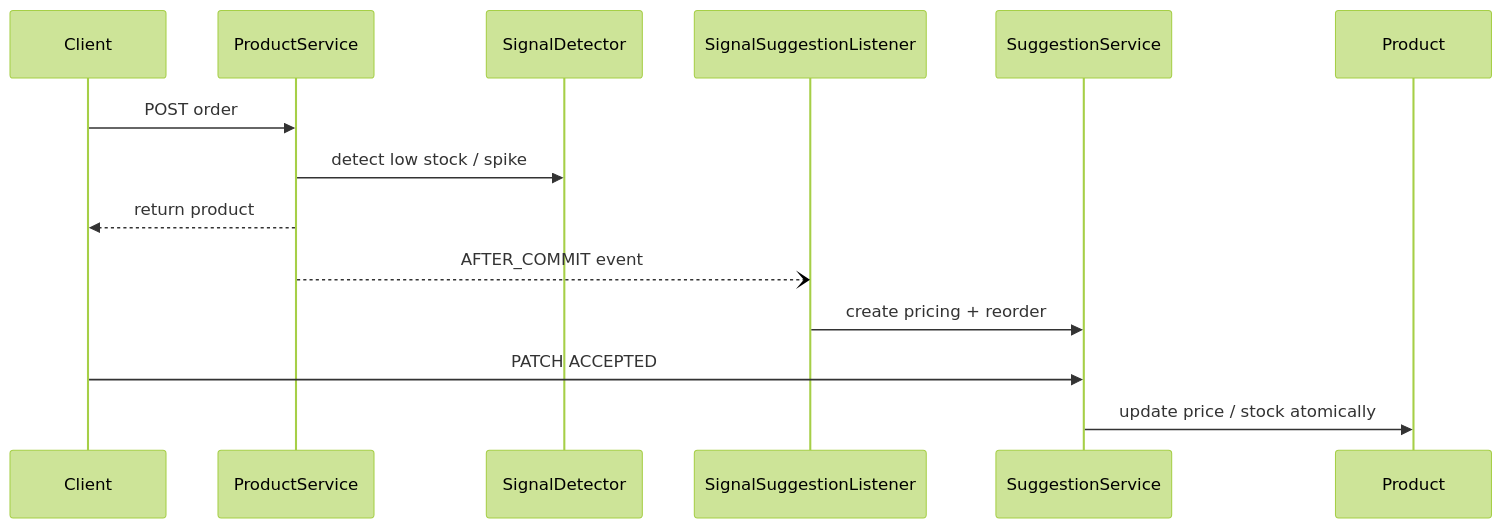
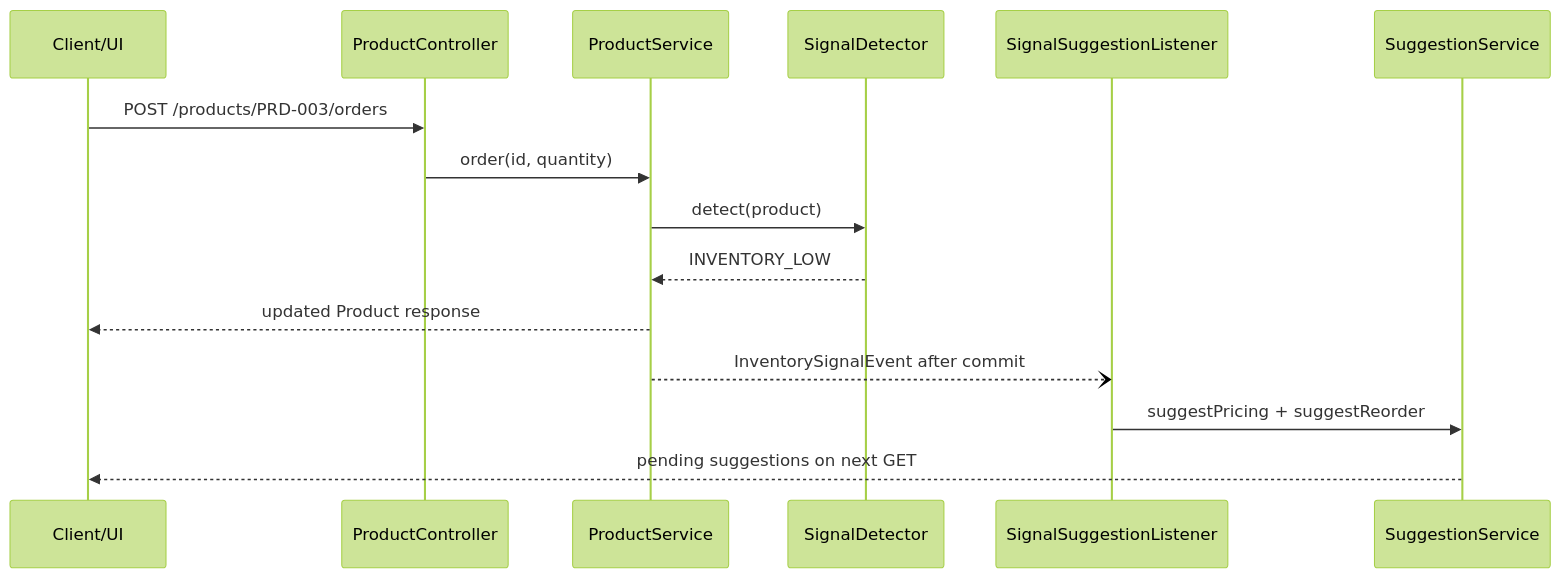
The diagram in README.md (snYatharth2005/Zycus-Project), drawn with Mermaid (forest theme) before and after one commit. The commit also changed other lines of this file, not shown here.

Commit message:
docs: expand README with flows, code map and AI usage

````diff
--- a/README.md
+++ b/README.md
@@ -16,10 +100,17 @@
 ```mermaid
 sequenceDiagram
- Client->>ProductService: POST order
- ProductService->>SignalDetector: detect low stock / spike
- ProductService-->>Client: return product
- ProductService--)SignalSuggestionListener: AFTER_COMMIT event
- SignalSuggestionListener->>SuggestionService: create pricing + reorder
- Client->>SuggestionService: PATCH ACCEPTED
- SuggestionService->>Product: update price / stock atomically
+    participant C as Client/UI
+    participant P as ProductController
+    participant PS as ProductService
+    participant D as SignalDetector
+    participant L as SignalSuggestionListener
+    participant S as SuggestionService
+    C->>P: POST /products/PRD-003/orders
+    P->>PS: order(id, quantity)
+    PS->>D: detect(product)
+    D-->>PS: INVENTORY_LOW
+    PS-->>C: updated Product response
+    PS--)L: InventorySignalEvent after commit
+    L->>S: suggestPricing + suggestReorder
+    S-->>C: pending suggestions on next GET
 ```
````
